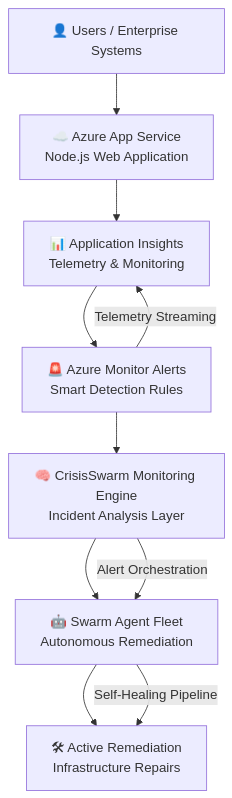
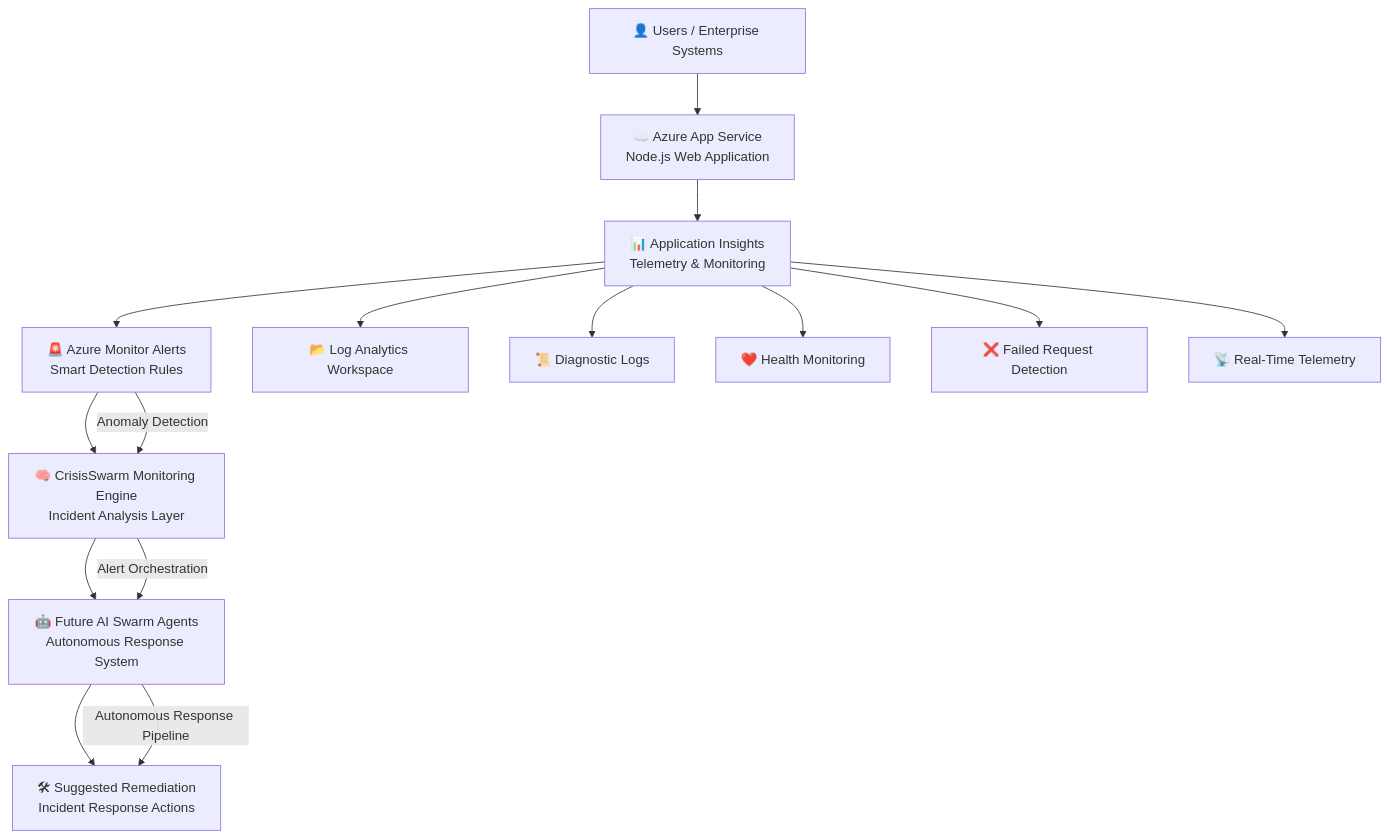
The diagram in README.md (Princedeepu381/CrisisSwarm), drawn with Mermaid before and after one commit.

Commit message:
docs: restore original system architecture diagram in README

````diff
--- a/README.md
+++ b/README.md
@@ -33,21 +33,44 @@
 ```mermaid
 flowchart TD
+
     U[👤 Users / Enterprise Systems]
+
     A[☁️ Azure App Service<br/>Node.js Web Application]
+
     B[📊 Application Insights<br/>Telemetry & Monitoring]
+
     C[🚨 Azure Monitor Alerts<br/>Smart Detection Rules]
+
     D[🧠 CrisisSwarm Monitoring Engine<br/>Incident Analysis Layer]
-    E[🤖 Swarm Agent Fleet<br/>Autonomous Remediation]
-    F[🛠 Active Remediation<br/>Infrastructure Repairs]
+
+    E[🤖 Future AI Swarm Agents<br/>Autonomous Response System]
+
+    F[🛠 Suggested Remediation<br/>Incident Response Actions]
+
+    G[📂 Log Analytics Workspace]
+
+    H[📜 Diagnostic Logs]
+
+    I[❤️ Health Monitoring]
+
+    J[❌ Failed Request Detection]
+
+    K[📡 Real-Time Telemetry]
 
     U --> A
     A --> B
     B --> C
     C --> D
     D --> E
     E --> F
 
-    C -->|Telemetry Streaming| B
+    B --> G
+    B --> H
+    B --> I
+    B --> J
+    B --> K
+
+    C -->|Anomaly Detection| D
     D -->|Alert Orchestration| E
-    E -->|Self-Healing Pipeline| F
+    E -->|Autonomous Response Pipeline| F
 ```
````
